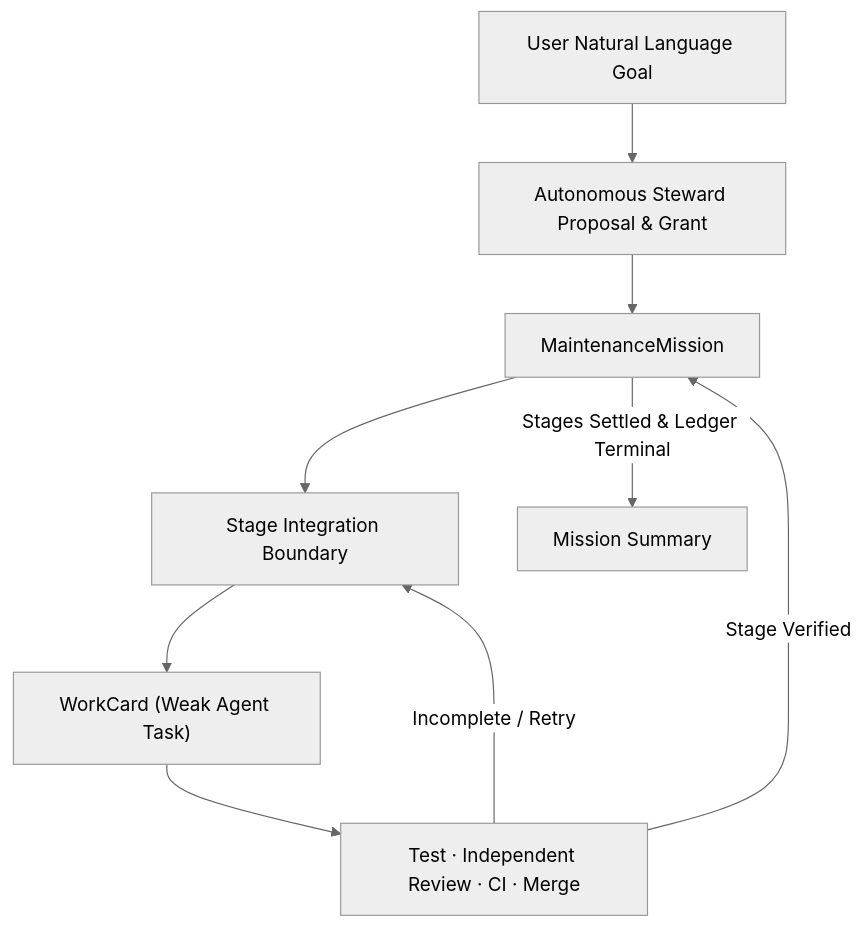
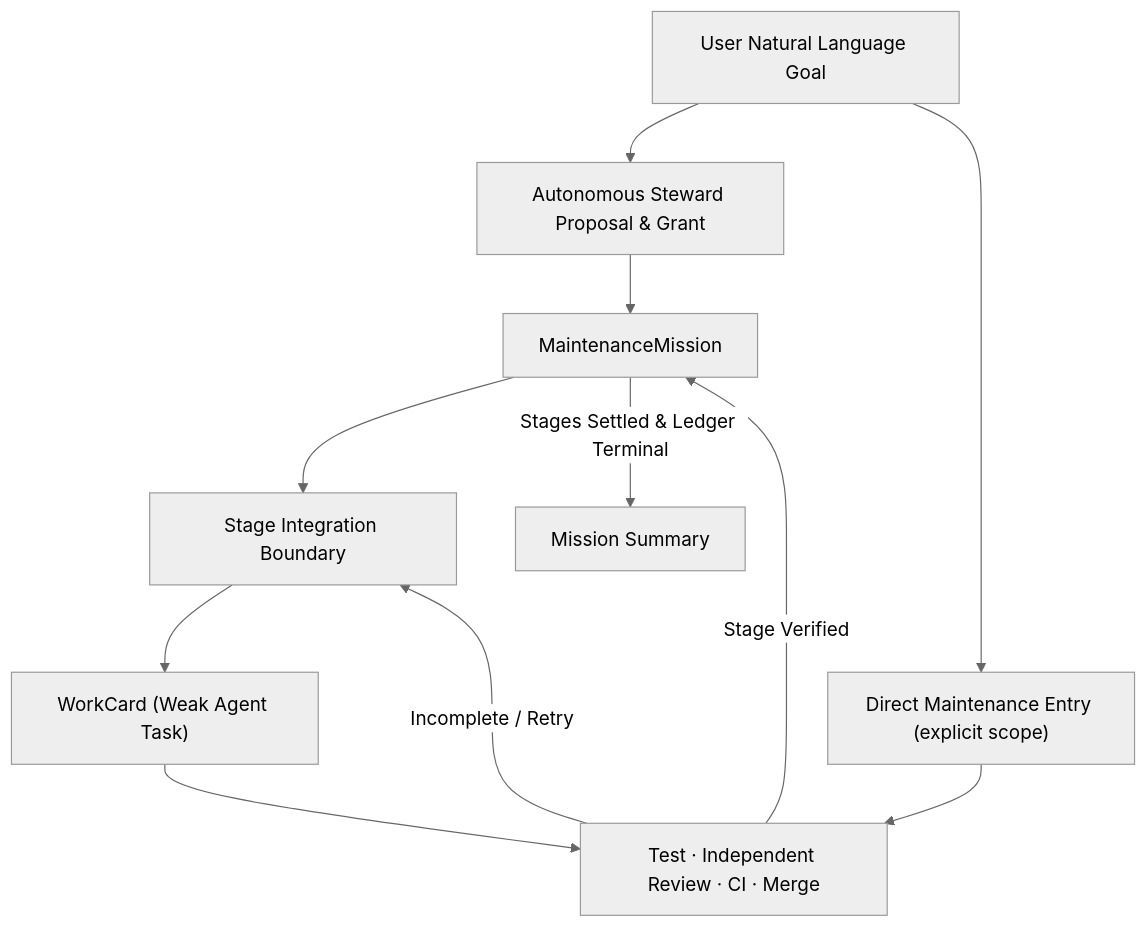
The first of 2 diagrams in docs/ARCHITECTURE.md (Igzela/token-efficient-agent-harness-lab), drawn with Mermaid (neutral theme) before and after one commit. The commit also changed other lines of this file and 6 other files, not shown here.

Commit message:
maintenance: allow direct coding without workcards

````diff
--- a/docs/ARCHITECTURE.md
+++ b/docs/ARCHITECTURE.md
@@ -270,11 +272,13 @@
 ```mermaid
 flowchart TD
     U["User Natural Language Goal"] --> S["Autonomous Steward Proposal & Grant"]
+    U --> L["Direct Maintenance Entry (explicit scope)"]
     S --> M["MaintenanceMission"]
     M --> G["Stage Integration Boundary"]
     G --> C["WorkCard (Weak Agent Task)"]
     C --> V["Test · Independent Review · CI · Merge"]
     V -->|Incomplete / Retry| G
     V -->|Stage Verified| M
     M -->|Stages Settled & Ledger Terminal| D["Mission Summary"]
+    L --> V
 ```
````
